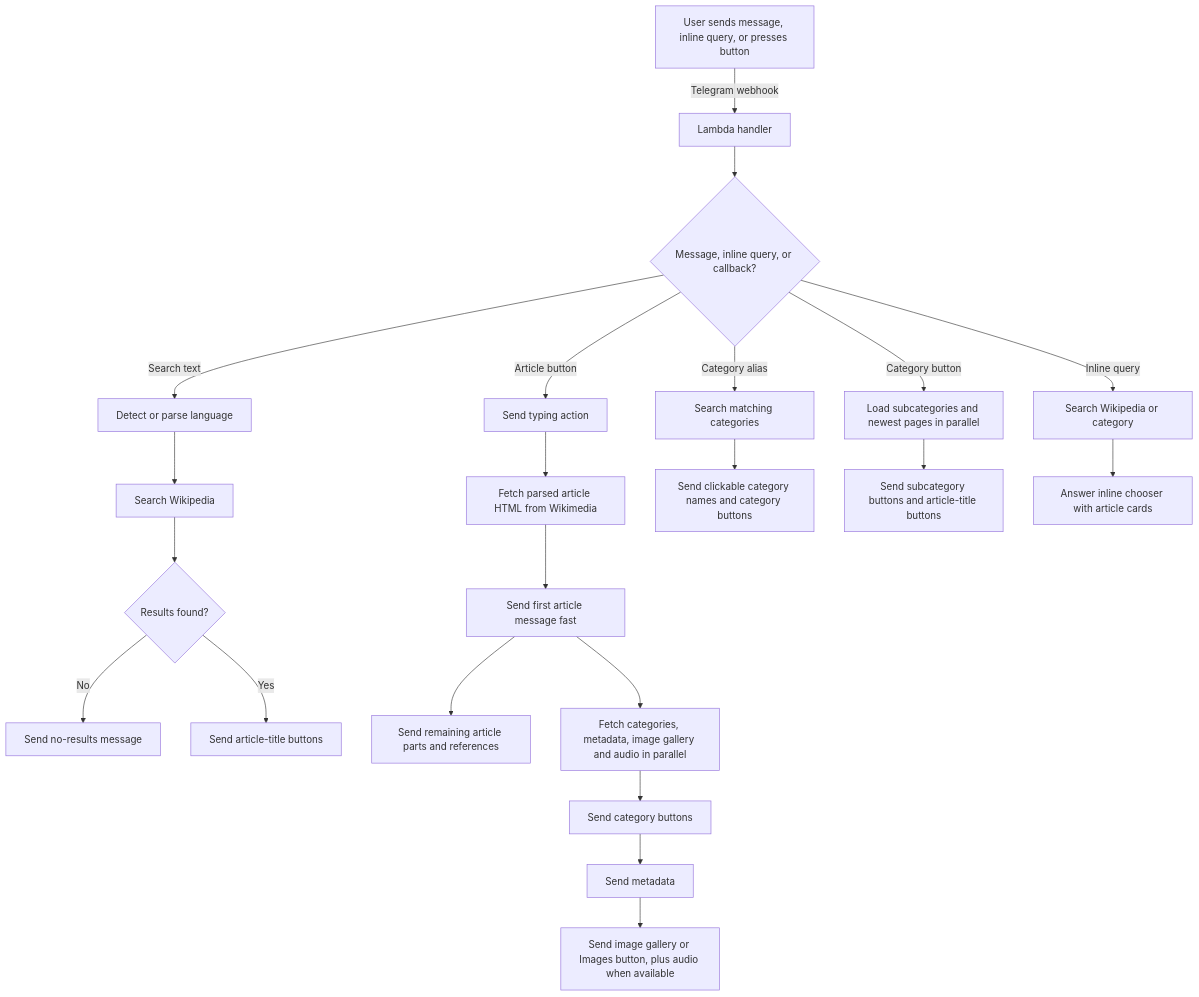
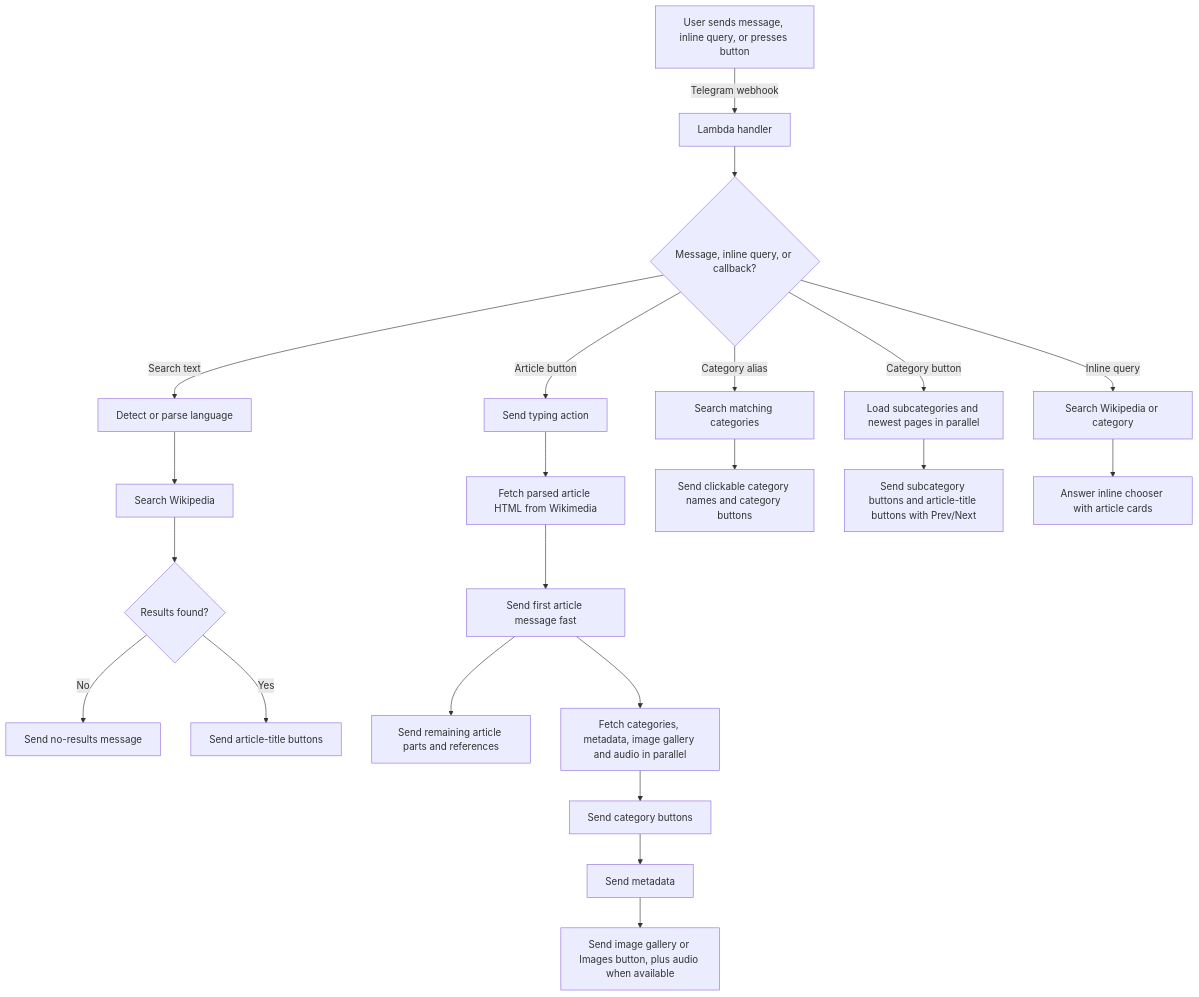
The diagram in README.md (vitaly-zdanevich/bot_telegram_wikipedia), drawn with Mermaid before and after one commit. The commit also changed other lines of this file and 1 other file, not shown here.

Commit message:
Add category pagination buttons
Page category article and subcategory results with compact catpage callbacks based on category page IDs. Category pages now fetch limit-plus-one results to detect Next, resolve page IDs back to category titles for callbacks, and append Prev/Next rows to article and subcategory keyboards.

````diff
--- a/README.md
+++ b/README.md
@@ -84,24 +86,24 @@
 ```mermaid
 graph TD
     A[User sends message, inline query, or presses button] -->|Telegram webhook| B[Lambda handler]
     B --> C{Message, inline query, or callback?}
     C -- Search text --> D[Detect or parse language]
     D --> E[Search Wikipedia]
     E --> F{Results found?}
     F -- No --> G[Send no-results message]
     F -- Yes --> H[Send article-title buttons]
     C -- Article button --> I[Send typing action]
     I --> J[Fetch parsed article HTML from Wikimedia]
     J --> K[Send first article message fast]
     K --> L[Send remaining article parts and references]
     K --> M[Fetch categories, metadata, image gallery and audio in parallel]
     M --> N[Send category buttons]
     N --> O[Send metadata]
     O --> P[Send image gallery or Images button, plus audio when available]
     C -- Category alias --> Q[Search matching categories]
     Q --> R[Send clickable category names and category buttons]
     C -- Category button --> U[Load subcategories and newest pages in parallel]
-    U --> V[Send subcategory buttons and article-title buttons]
+    U --> V[Send subcategory buttons and article-title buttons with Prev/Next]
     C -- Inline query --> S[Search Wikipedia or category]
     S --> T[Answer inline chooser with article cards]
 ```
````
